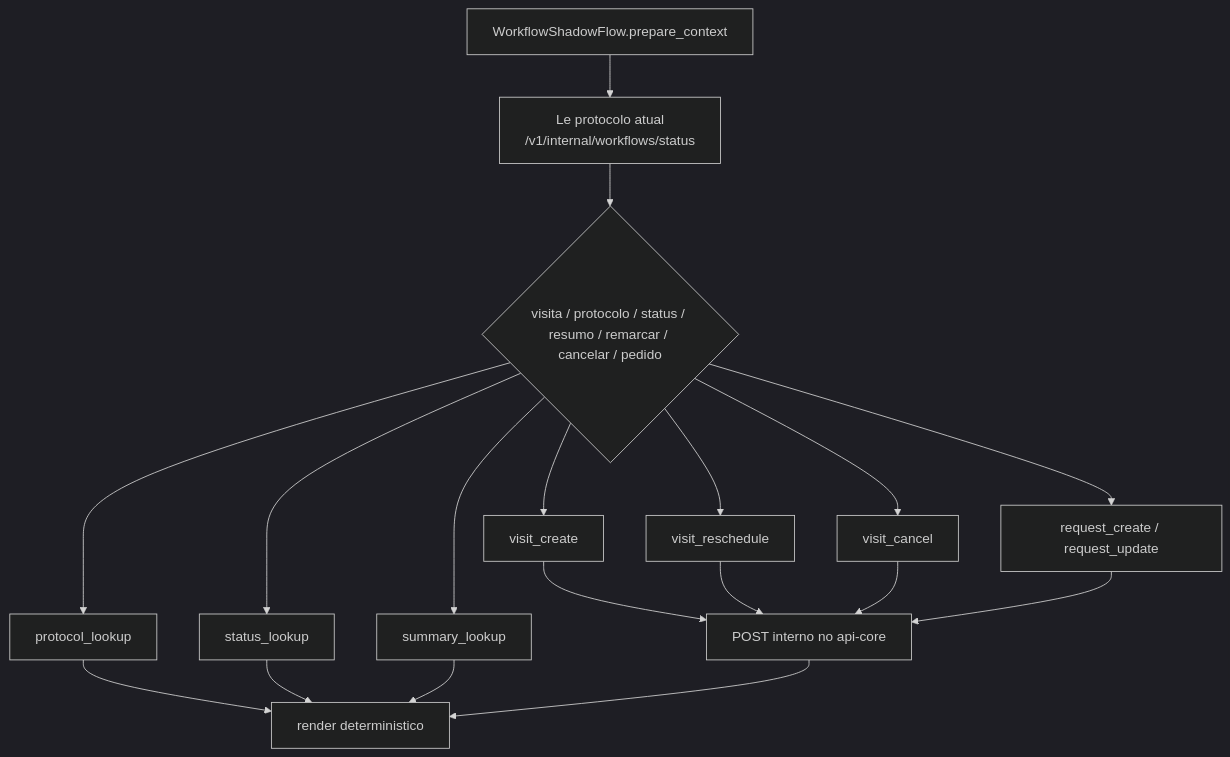
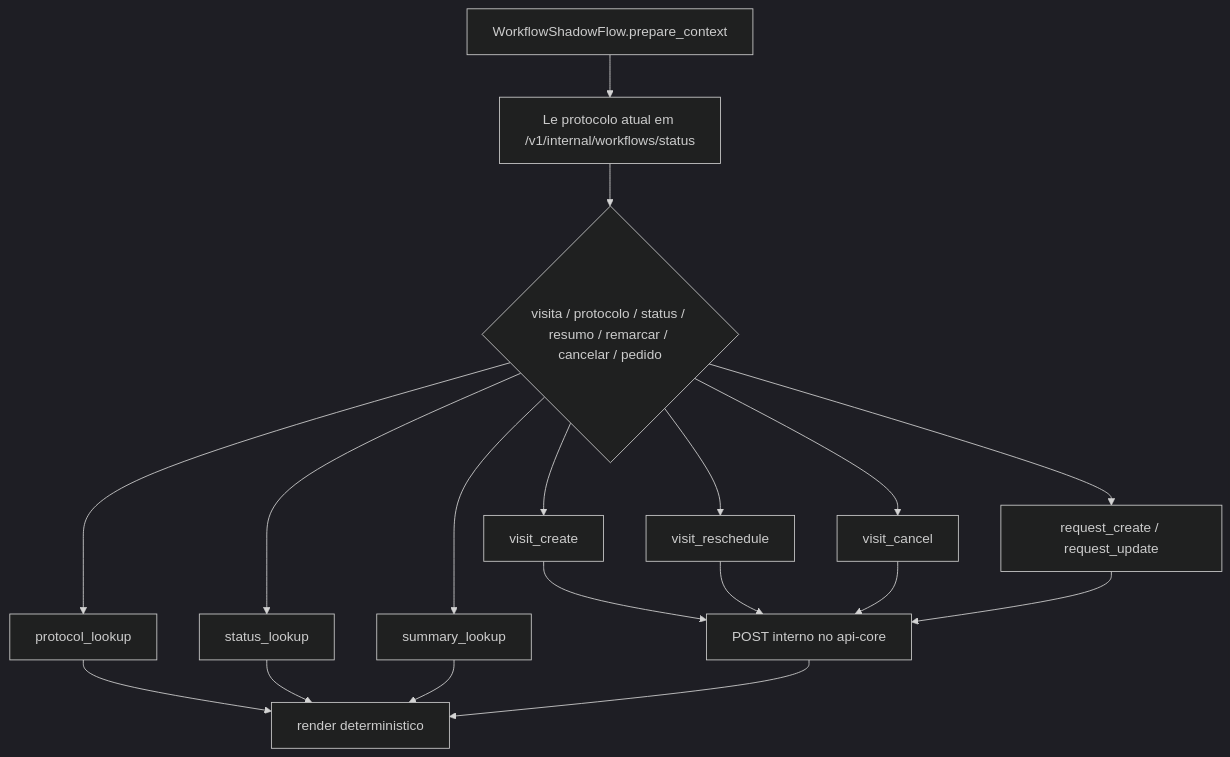
One commit to EliseuODaniel/eduassist-platform changed diagram 12 of 15 in docs/architecture/dual-stack-runtime-visual-guide.md. Above: the diagram before and after it, drawn with Mermaid (dark theme). The commit also changed other lines of this file, not shown here.

Commit message:
Simplify Mermaid syntax in dual stack visual guide

````diff
--- a/docs/architecture/dual-stack-runtime-visual-guide.md
+++ b/docs/architecture/dual-stack-runtime-visual-guide.md
@@ -307,20 +307,20 @@
 ```mermaid
-flowchart TD
-    A["WorkflowShadowFlow.prepare_context"] --> B["Le protocolo atual<br/>/v1/internal/workflows/status"]
+graph TD
+    A["WorkflowShadowFlow.prepare_context"] --> B["Le protocolo atual em /v1/internal/workflows/status"]
     B --> C{"visita / protocolo / status / resumo / remarcar / cancelar / pedido"}
     C --> D["visit_create"]
     C --> E["visit_reschedule"]
     C --> F["visit_cancel"]
     C --> G["protocol_lookup"]
     C --> H["status_lookup"]
     C --> I["summary_lookup"]
     C --> J["request_create / request_update"]
     D --> K["POST interno no api-core"]
     E --> K
     F --> K
     J --> K
     G --> L["render deterministico"]
     H --> L
     I --> L
     K --> L
 ```
````
